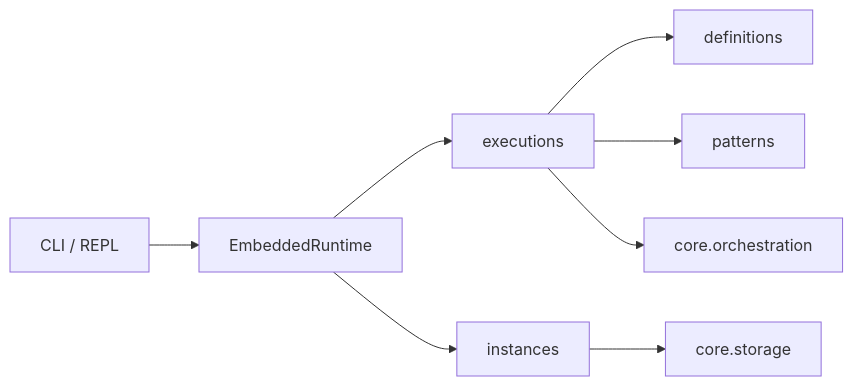
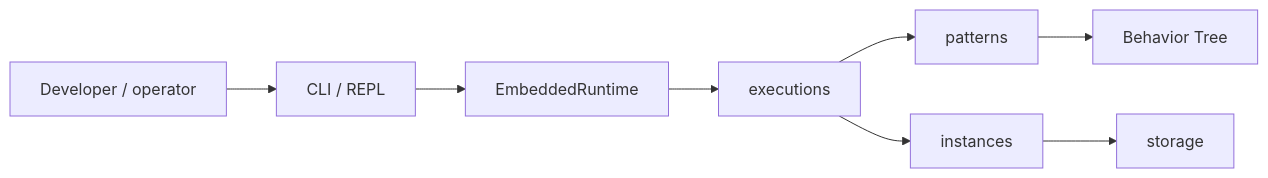
One commit to JGabrielGruber/palmengine changed the first of 2 diagrams in README.md. Above: the diagram before and after it, drawn with Mermaid. The commit also changed other lines of this file and 18 other files, not shown here.

````diff
--- a/README.md
+++ b/README.md
@@ -140,10 +33,10 @@
 ```mermaid
 flowchart LR
-    CLI[CLI / REPL] --> ER[EmbeddedRuntime]
+    User[Developer / operator] --> CLI[CLI / REPL]
+    CLI --> ER[EmbeddedRuntime]
     ER --> EX[executions]
-    ER --> INST[instances]
-    EX --> DEF[definitions]
     EX --> PAT[patterns]
-    EX --> ORCH[core.orchestration]
-    INST --> STO[core.storage]
+    EX --> INST[instances]
+    PAT --> BT[Behavior Tree]
+    INST --> STO[storage]
 ```
````
